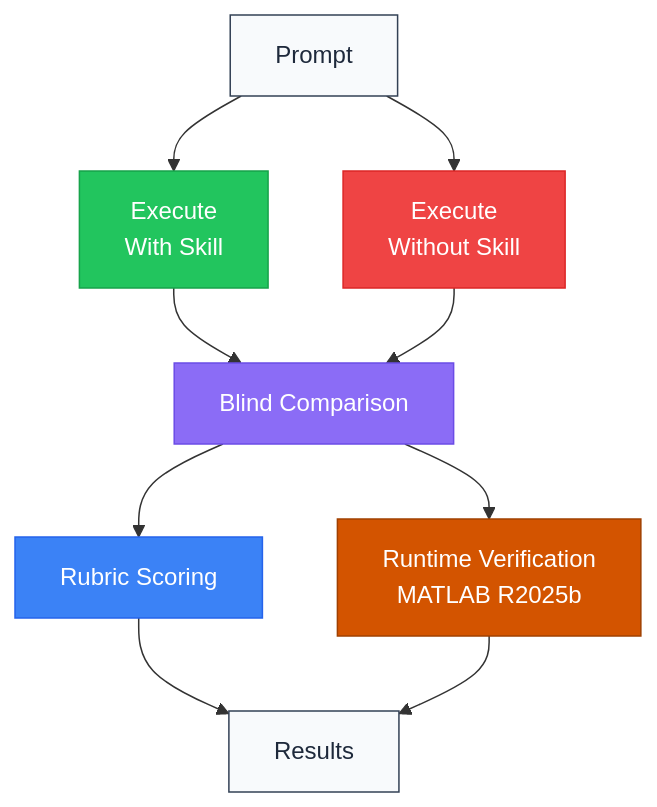
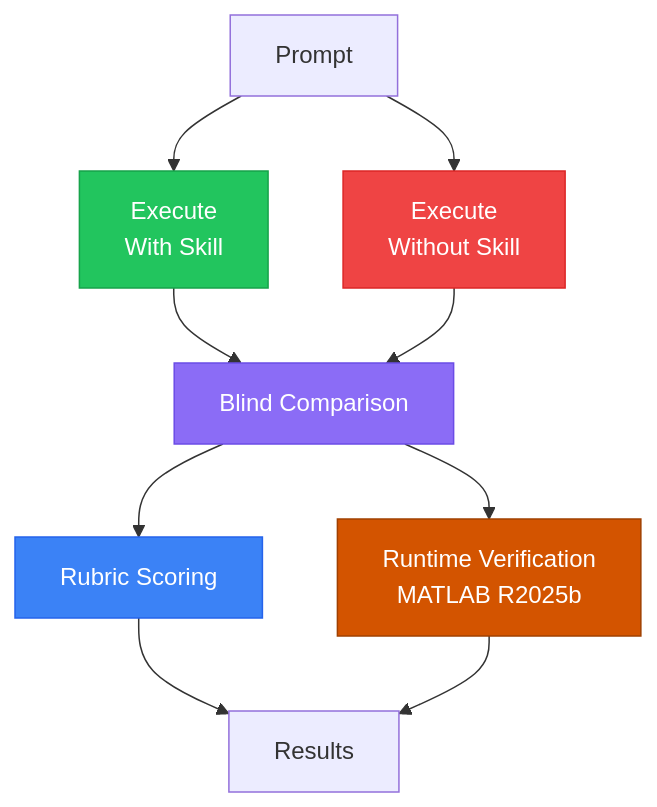
The second of 2 diagrams in README.md (rrmaram2000/matlab-toolbox-skills), drawn with Mermaid before and after one commit. The commit also changed other lines of this file, not shown here.

````diff
--- a/README.md
+++ b/README.md
@@ -123,19 +122,17 @@
 ```mermaid
 graph TD
     P[Prompt] --> A[Execute<br>With Skill]
     P --> B[Execute<br>Without Skill]
     A --> C[Blind Comparison]
     B --> C
     C --> D[Rubric Scoring]
     C --> E[Runtime Verification<br>MATLAB R2025b]
     D --> F[Results]
     E --> F
 
-    style P fill:#f8fafc,stroke:#334155,color:#1e293b
     style A fill:#22c55e,stroke:#16a34a,color:#fff
     style B fill:#ef4444,stroke:#dc2626,color:#fff
     style C fill:#8B6CF6,stroke:#6B4CE6,color:#fff
     style D fill:#3b82f6,stroke:#2563eb,color:#fff
     style E fill:#D35400,stroke:#A04000,color:#fff
-    style F fill:#f8fafc,stroke:#334155,color:#1e293b
 ```
````
